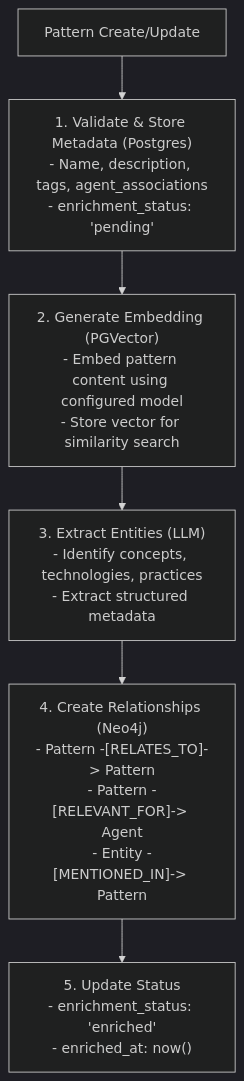
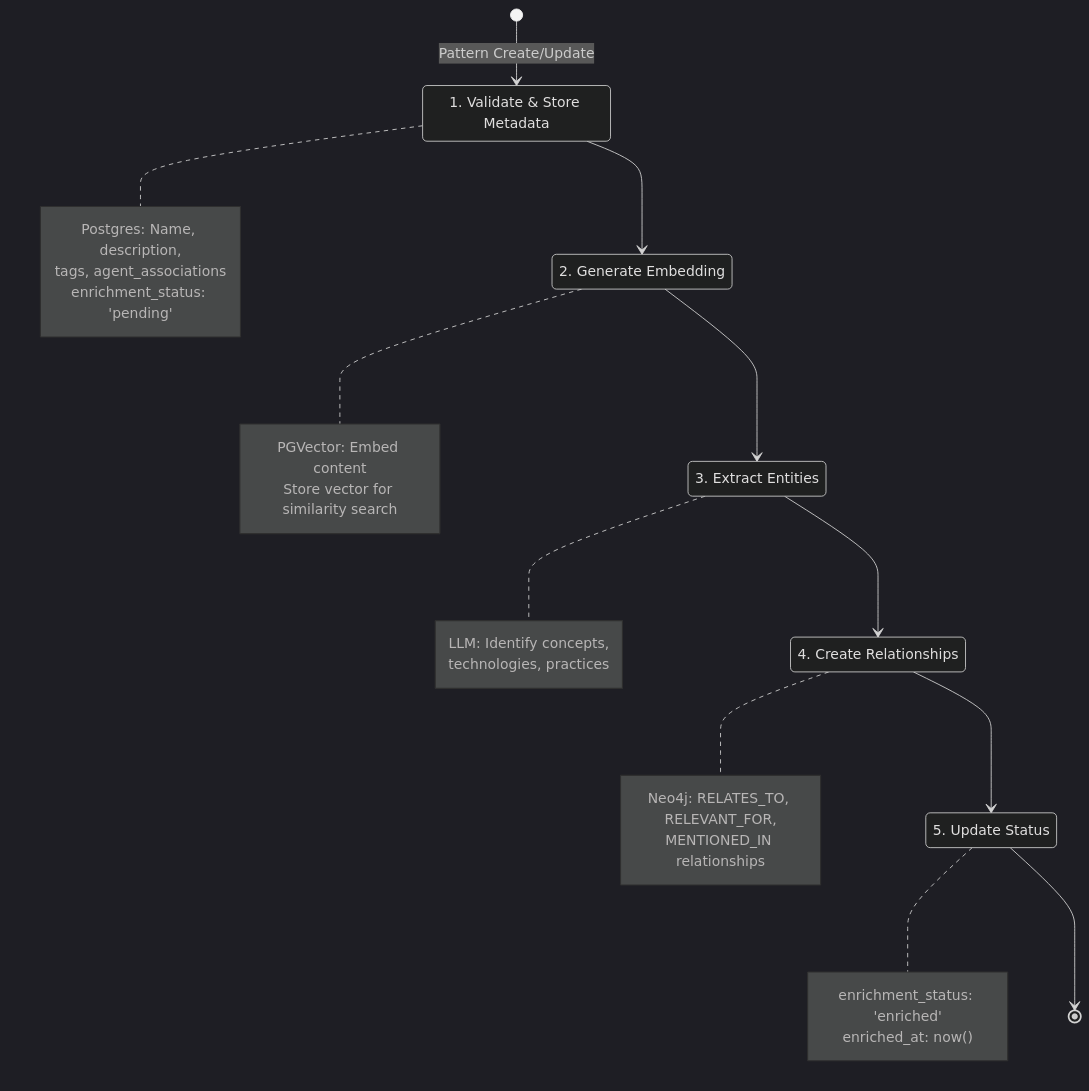
Before and after one commit to twistingmercury/mnemonic-mcp: the second of 6 diagrams in docs/design/pattern-processing.md, drawn with Mermaid (dark theme). The commit also changed other lines of this file and 4 other files, not shown here.

````diff
--- a/docs/design/pattern-processing.md
+++ b/docs/design/pattern-processing.md
@@ -89,18 +89,45 @@
 ```mermaid
-flowchart TD
-    A[Pattern Create/Update] --> B
+stateDiagram-v2
+    [*] --> ValidateAndStore: Pattern Create/Update
 
-    B["1. Validate & Store Metadata (Postgres)<br/>- Name, description, tags, agent_associations<br/>- enrichment_status: 'pending'"]
-    B --> C
+    state "1. Validate & Store Metadata" as ValidateAndStore
+    note right of ValidateAndStore
+        Postgres: Name, description,
+        tags, agent_associations
+        enrichment_status: 'pending'
+    end note
 
-    C["2. Generate Embedding (PGVector)<br/>- Embed pattern content using configured model<br/>- Store vector for similarity search"]
-    C --> D
+    ValidateAndStore --> GenerateEmbedding
 
-    D["3. Extract Entities (LLM)<br/>- Identify concepts, technologies, practices<br/>- Extract structured metadata"]
-    D --> E
+    state "2. Generate Embedding" as GenerateEmbedding
+    note right of GenerateEmbedding
+        PGVector: Embed content
+        Store vector for similarity search
+    end note
 
-    E["4. Create Relationships (Neo4j)<br/>- Pattern -[RELATES_TO]-> Pattern<br/>- Pattern -[RELEVANT_FOR]-> Agent<br/>- Entity -[MENTIONED_IN]-> Pattern"]
-    E --> F
+    GenerateEmbedding --> ExtractEntities
 
-    F["5. Update Status<br/>- enrichment_status: 'enriched'<br/>- enriched_at: now()"]
+    state "3. Extract Entities" as ExtractEntities
+    note right of ExtractEntities
+        LLM: Identify concepts,
+        technologies, practices
+    end note
+
+    ExtractEntities --> CreateRelationships
+
+    state "4. Create Relationships" as CreateRelationships
+    note right of CreateRelationships
+        Neo4j: RELATES_TO, RELEVANT_FOR,
+        MENTIONED_IN relationships
+    end note
+
+    CreateRelationships --> UpdateStatus
+
+    state "5. Update Status" as UpdateStatus
+    note right of UpdateStatus
+        enrichment_status: 'enriched'
+        enriched_at: now()
+    end note
+
+    UpdateStatus --> [*]
 ```
````
